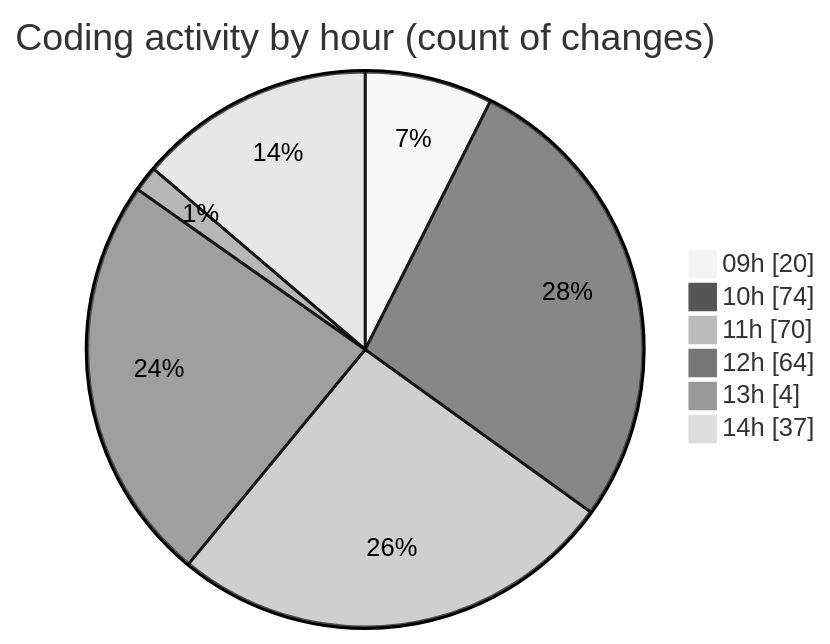
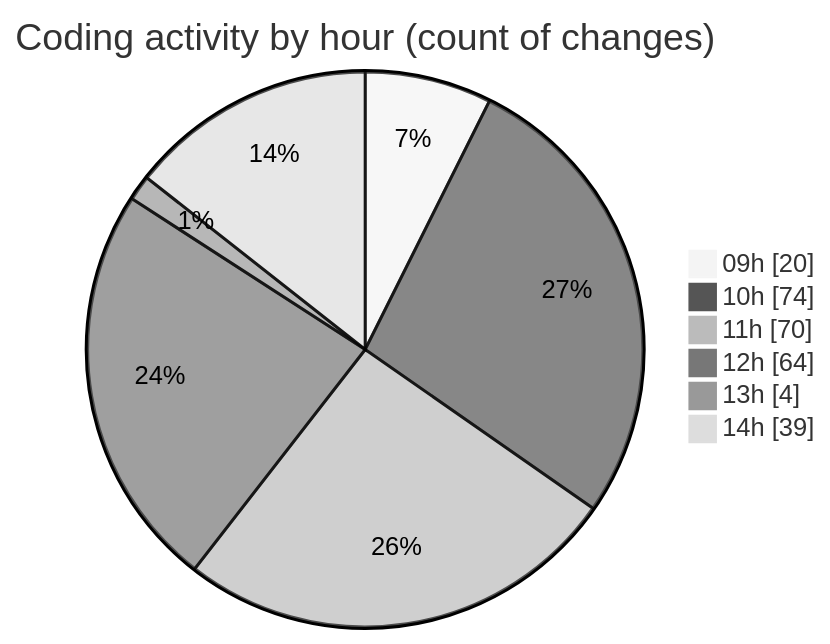
One commit to CELIANVF/code-tracking changed the second of 2 diagrams in 2025-06-06/ecodeli-1/README.md. Above: the diagram before and after it, drawn with Mermaid (neutral theme). The commit also changed other lines of this file and 1 other file, not shown here.

````diff
--- a/2025-06-06/ecodeli-1/README.md
+++ b/2025-06-06/ecodeli-1/README.md
@@ -104,10 +105,10 @@
 ```mermaid
 pie showData
 title Coding activity by hour (count of changes)
 "09h" : 20
 "10h" : 74
 "11h" : 70
 "12h" : 64
 "13h" : 4
-"14h" : 37
+"14h" : 39
 ```
````
